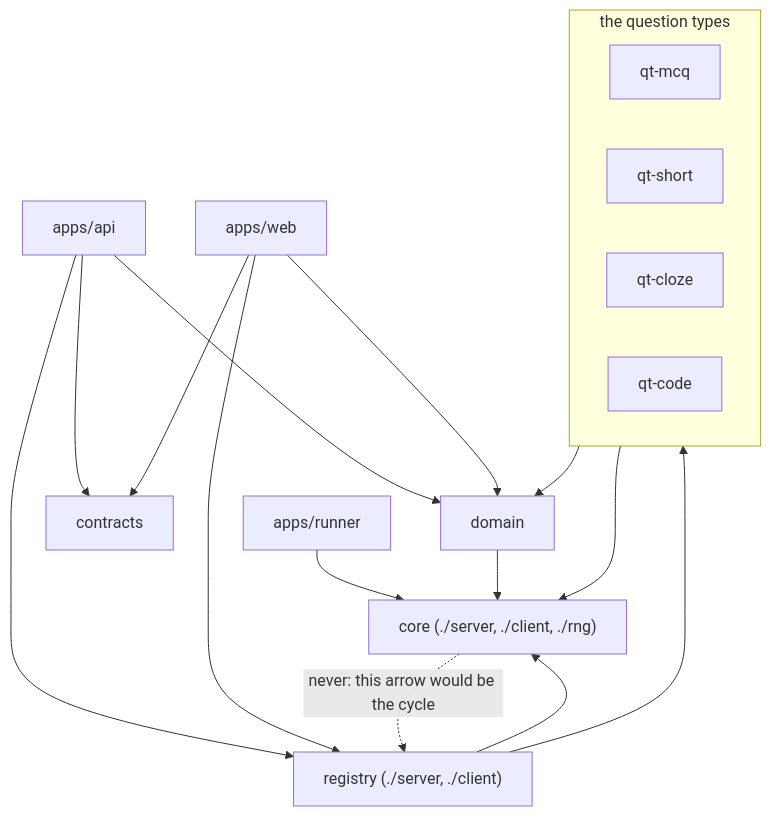
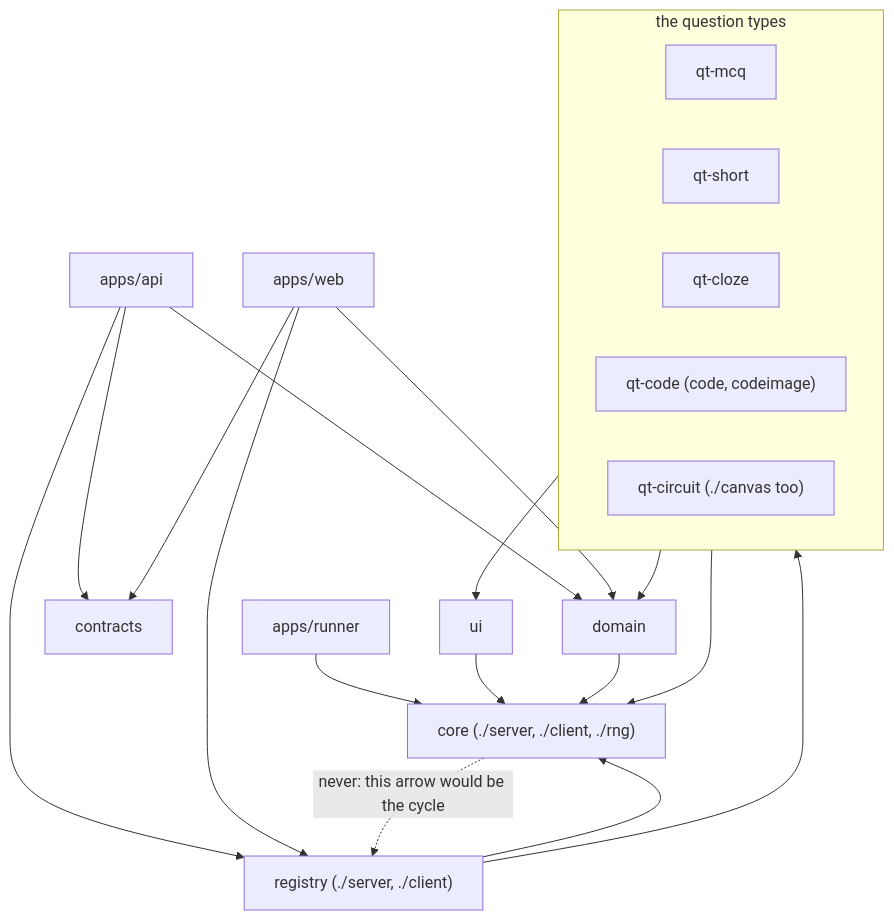
The second of 8 diagrams in docs/development/architecture.md (heig-tin-info/heig-quiz), drawn with Mermaid before and after one commit. The commit also changed other lines of this file and 56 other files, not shown here.

````diff
--- a/docs/development/architecture.md
+++ b/docs/development/architecture.md
@@ -58,30 +58,34 @@
 ```mermaid
 flowchart TB
   API["apps/api"]
   WEB["apps/web"]
   RUNNER["apps/runner"]
   REG["registry (./server, ./client)"]
   CON["contracts"]
   DOM["domain"]
   CORE["core (./server, ./client, ./rng)"]
+  UI["ui"]
   subgraph QT["the question types"]
     direction LR
     MCQ["qt-mcq"]
     SHORT["qt-short"]
     CLOZE["qt-cloze"]
-    CODE["qt-code"]
+    CODE["qt-code (code, codeimage)"]
+    CIRCUIT["qt-circuit (./canvas too)"]
   end
   API --> CON
   API --> REG
   API --> DOM
   WEB --> CON
   WEB --> REG
   WEB --> DOM
   RUNNER --> CORE
   REG --> QT
   REG --> CORE
   QT --> DOM
+  QT --> UI
   QT --> CORE
+  UI --> CORE
   DOM --> CORE
   CORE -. "never: this arrow would be the cycle" .-> REG
 ```
````
